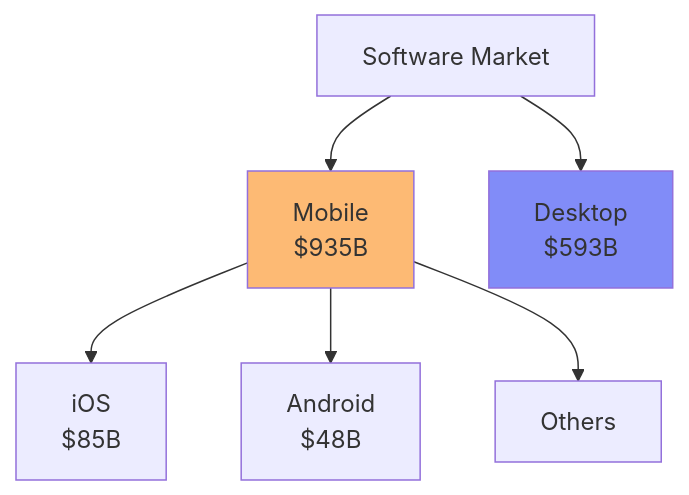
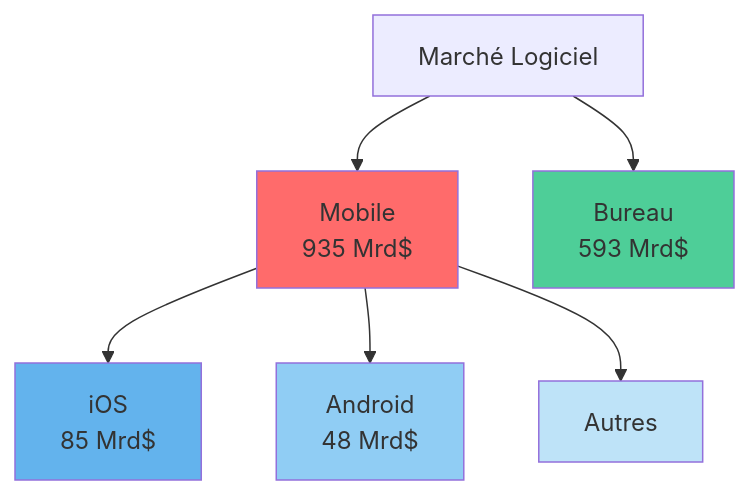
The fourth of 11 diagrams in slides.md (mianala/rn-intro-slides), drawn with Mermaid before and after one commit. The commit also changed other lines of this file and 354 other files, not shown here.

````diff
--- a/slides.md
+++ b/slides.md
@@ -640,16 +775,19 @@
 ```mermaid {theme: 'neutral', scale: 0.8}
 graph TD
-    Market["Software Market"]
-    Mobile["Mobile<br/>$935B"]
-    Traditional["Desktop<br/>$593B"]
-    
+    Market["Marché Logiciel"]
+    Mobile["Mobile<br/>935 Mrd$"]
+    Traditional["Bureau<br/>593 Mrd$"]
+
     Market --> Mobile
     Market --> Traditional
-    
-    Mobile --> AppStore["iOS<br/>$85B"]
-    Mobile --> PlayStore["Android<br/>$48B"]
-    Mobile --> Other["Others"]
-    
-style Mobile fill:#fdba74
-style Traditional fill:#818cf8
+
+    Mobile --> AppStore["iOS<br/>85 Mrd$"]
+    Mobile --> PlayStore["Android<br/>48 Mrd$"]
+    Mobile --> Other["Autres"]
+
+style Mobile fill:#FF6B6B
+style Traditional fill:#4ECE98
+style AppStore fill:#63B3ED
+style PlayStore fill:#90CDF4
+style Other fill:#BEE3F8
 ```
````
